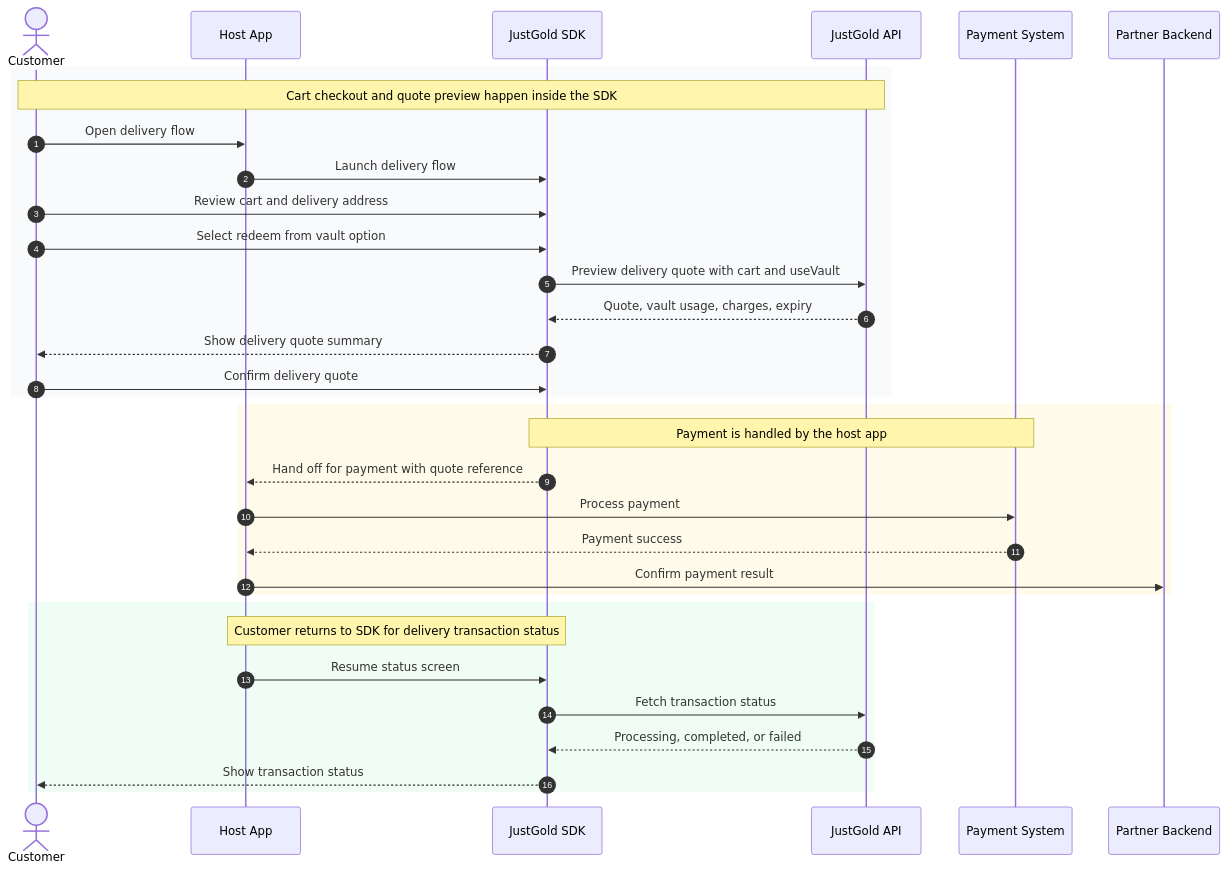
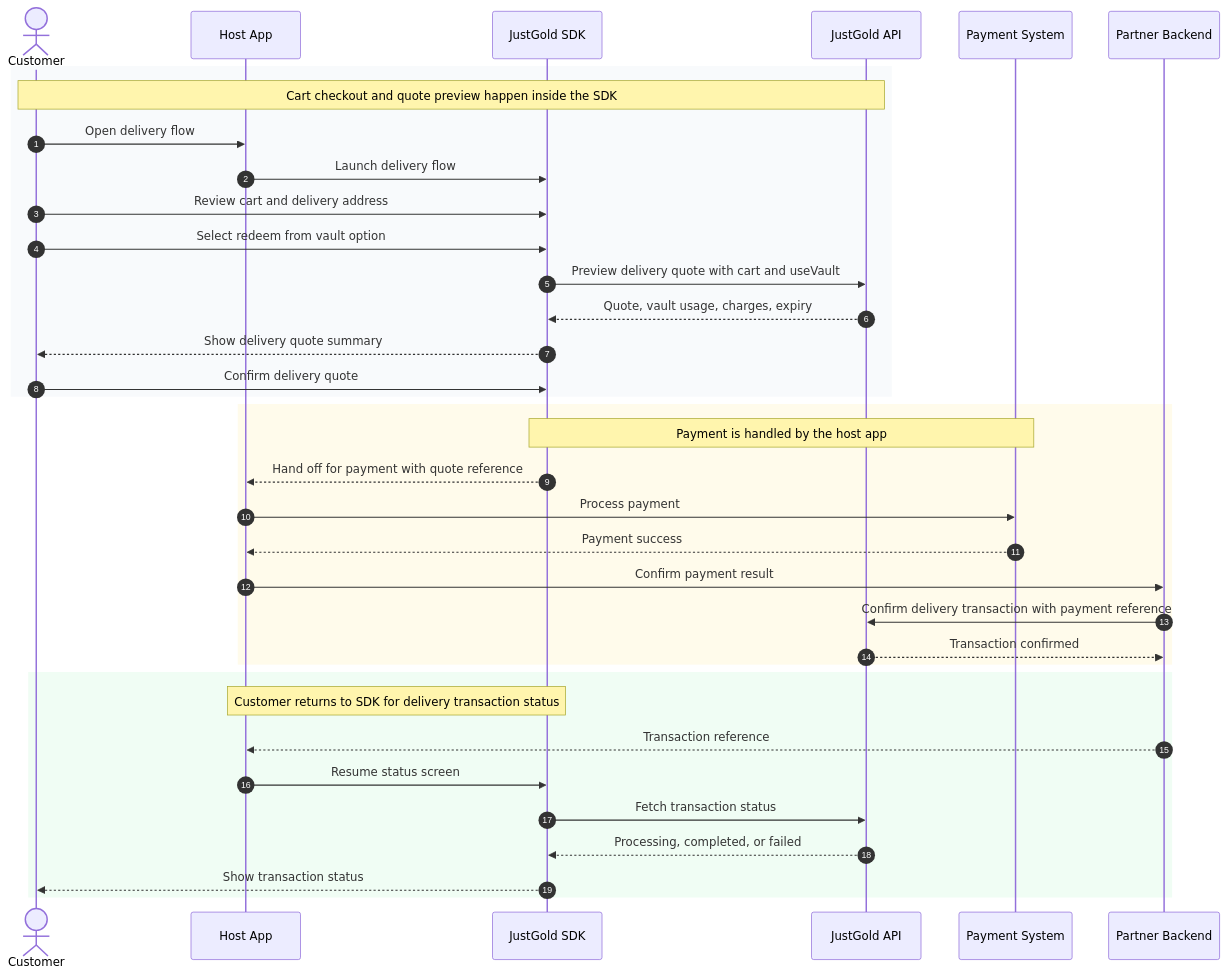
One commit to Just-Gold-JG/docs changed the fourth of 4 diagrams in sdk/overview.md. Above: the diagram before and after it, drawn with Mermaid. The commit also changed 2 other files, not shown here.

Commit message:
Update the flow

````diff
--- a/sdk/overview.md
+++ b/sdk/overview.md
@@ -130,38 +130,41 @@
 ```mermaid
 sequenceDiagram
     autonumber
     actor Customer
     participant Host as Host App
     participant SDK as JustGold SDK
     participant JG as JustGold API
     participant Pay as Payment System
     participant Backend as Partner Backend
 
     rect rgb(248, 250, 252)
         Note over Customer,JG: Cart checkout and quote preview happen inside the SDK
         Customer->>Host: Open delivery flow
         Host->>SDK: Launch delivery flow
         Customer->>SDK: Review cart and delivery address
         Customer->>SDK: Select redeem from vault option
         SDK->>JG: Preview delivery quote with cart and useVault
         JG-->>SDK: Quote, vault usage, charges, expiry
         SDK-->>Customer: Show delivery quote summary
         Customer->>SDK: Confirm delivery quote
     end
 
     rect rgb(255, 251, 235)
         Note over SDK,Pay: Payment is handled by the host app
         SDK-->>Host: Hand off for payment with quote reference
         Host->>Pay: Process payment
         Pay-->>Host: Payment success
         Host->>Backend: Confirm payment result
+        Backend->>JG: Confirm delivery transaction with payment reference
+        JG-->>Backend: Transaction confirmed
     end
 
     rect rgb(240, 253, 244)
         Note over Host,SDK: Customer returns to SDK for delivery transaction status
+        Backend-->>Host: Transaction reference
         Host->>SDK: Resume status screen
         SDK->>JG: Fetch transaction status
         JG-->>SDK: Processing, completed, or failed
         SDK-->>Customer: Show transaction status
     end
 ```
````
